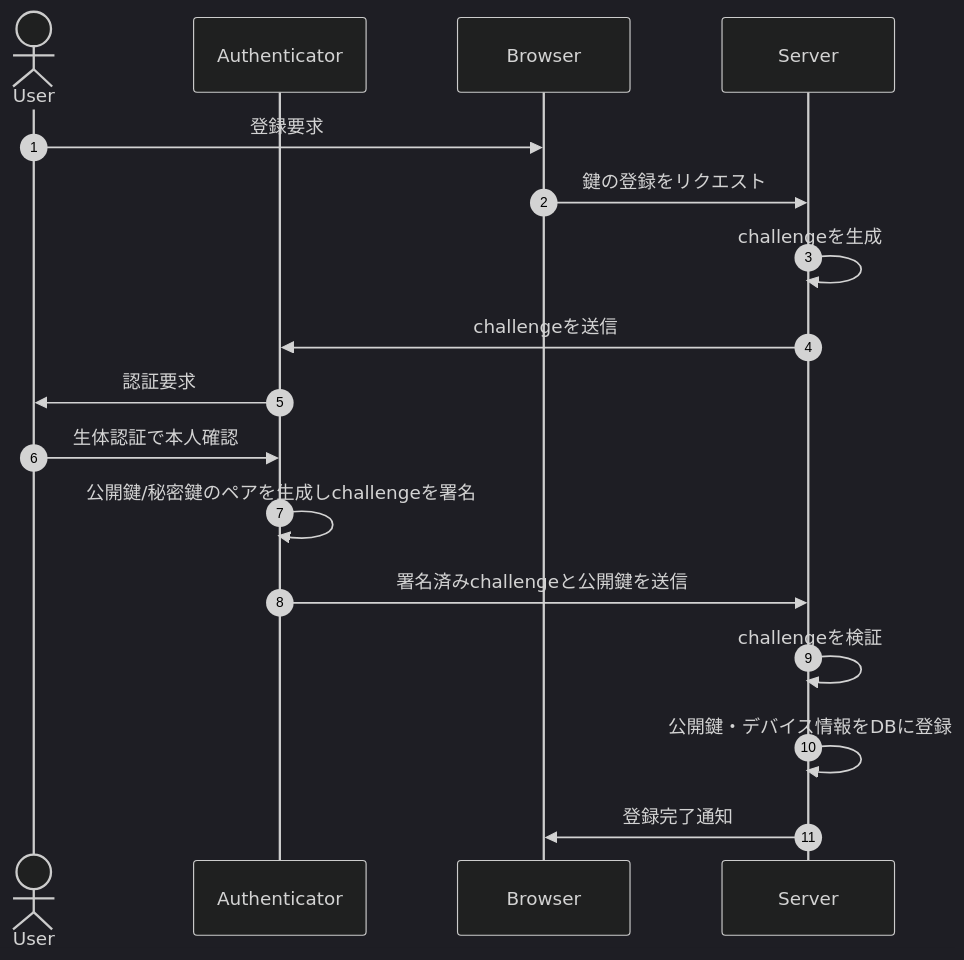
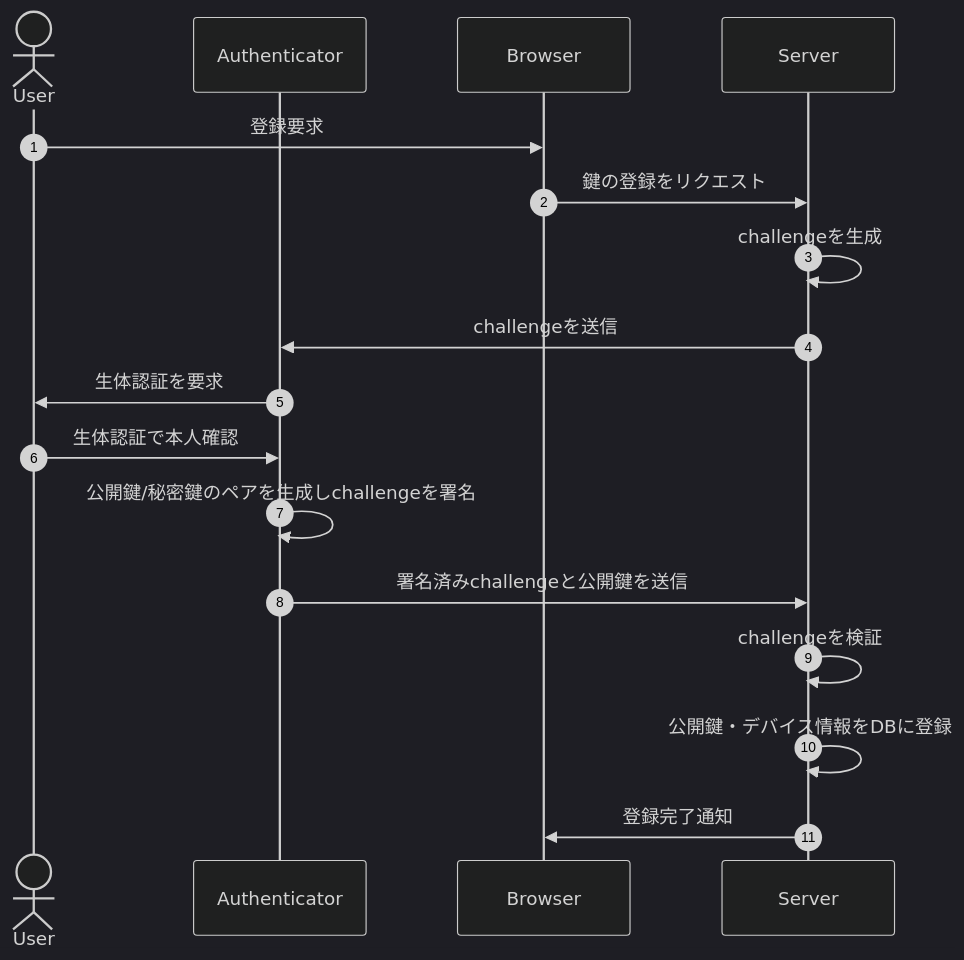
One commit to tttol/qiita-writing changed the first of 2 diagrams in public/amplify-webauthn.md. Above: the diagram before and after it, drawn with Mermaid (dark theme). The commit also changed other lines of this file, not shown here.

````diff
--- a/public/amplify-webauthn.md
+++ b/public/amplify-webauthn.md
@@ -146,20 +145,20 @@
 ```mermaid
 sequenceDiagram
     autonumber
     actor User
     participant Authenticator
     participant Browser
     participant Server
 
     User->>Browser: 登録要求
     Browser->>Server: 鍵の登録をリクエスト
     Server->>Server: challengeを生成
     Server->>Authenticator: challengeを送信
-    Authenticator->>User: 認証要求
+    Authenticator->>User: 生体認証を要求
     User->>Authenticator: 生体認証で本人確認
     Authenticator->>Authenticator: 公開鍵/秘密鍵のペアを生成しchallengeを署名
     Authenticator->>Server: 署名済みchallengeと公開鍵を送信
     Server->>Server: challengeを検証
     Server->>Server: 公開鍵・デバイス情報をDBに登録
     Server->>Browser: 登録完了通知
 ```
````
